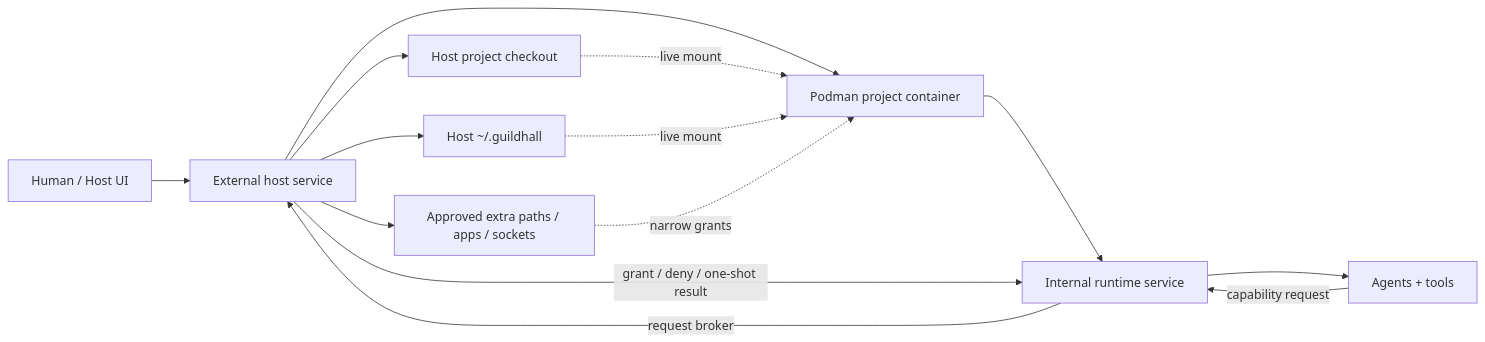
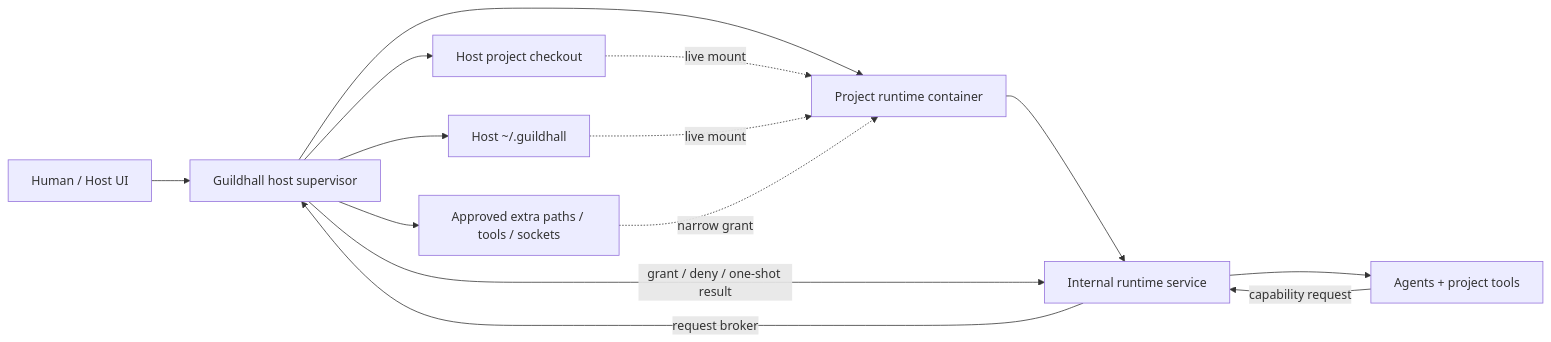
Before and after one commit to matthew-dean/guildhall: the diagram in internal/specs/2026-05-22-guildhall-0-8-podman-project-runtime.md, drawn with Mermaid. The commit also changed other lines of this file and 336 other files, not shown here.

````diff
--- a/internal/specs/2026-05-22-guildhall-0-8-podman-project-runtime.md
+++ b/internal/specs/2026-05-22-guildhall-0-8-podman-project-runtime.md
@@ -103,16 +77,16 @@
 ```mermaid
 flowchart LR
-  Human["Human / Host UI"] --> Host["External host service"]
+  Human["Human / Host UI"] --> Host["Guildhall host supervisor"]
   Host --> State["Host ~/.guildhall"]
   Host --> Project["Host project checkout"]
-  Host --> Extra["Approved extra paths / apps / sockets"]
-  Host --> Container["Podman project container"]
-  Container --> Internal["Internal runtime service"]
-  Internal --> Agent["Agents + tools"]
-  Project -. "live mount" .-> Container
-  State -. "live mount" .-> Container
-  Extra -. "narrow grants" .-> Container
+  Host --> Runtime["Project runtime container"]
+  Host --> Extra["Approved extra paths / tools / sockets"]
+  Runtime --> Internal["Internal runtime service"]
+  Internal --> Agent["Agents + project tools"]
+  Project -. "live mount" .-> Runtime
+  State -. "live mount" .-> Runtime
+  Extra -. "narrow grant" .-> Runtime
   Agent -- "capability request" --> Internal
   Internal -- "request broker" --> Host
   Host -- "grant / deny / one-shot result" --> Internal
 ```
````
